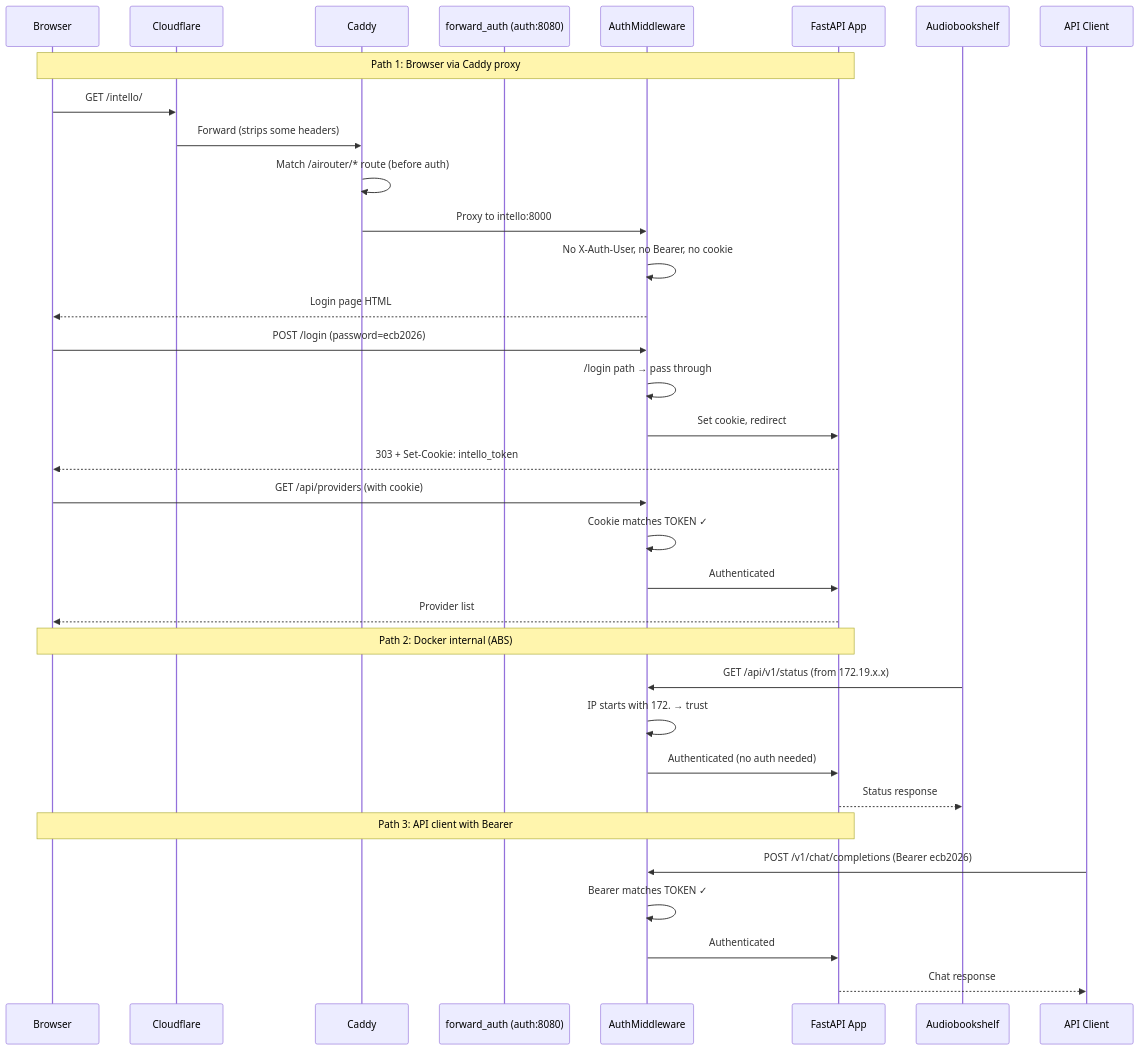
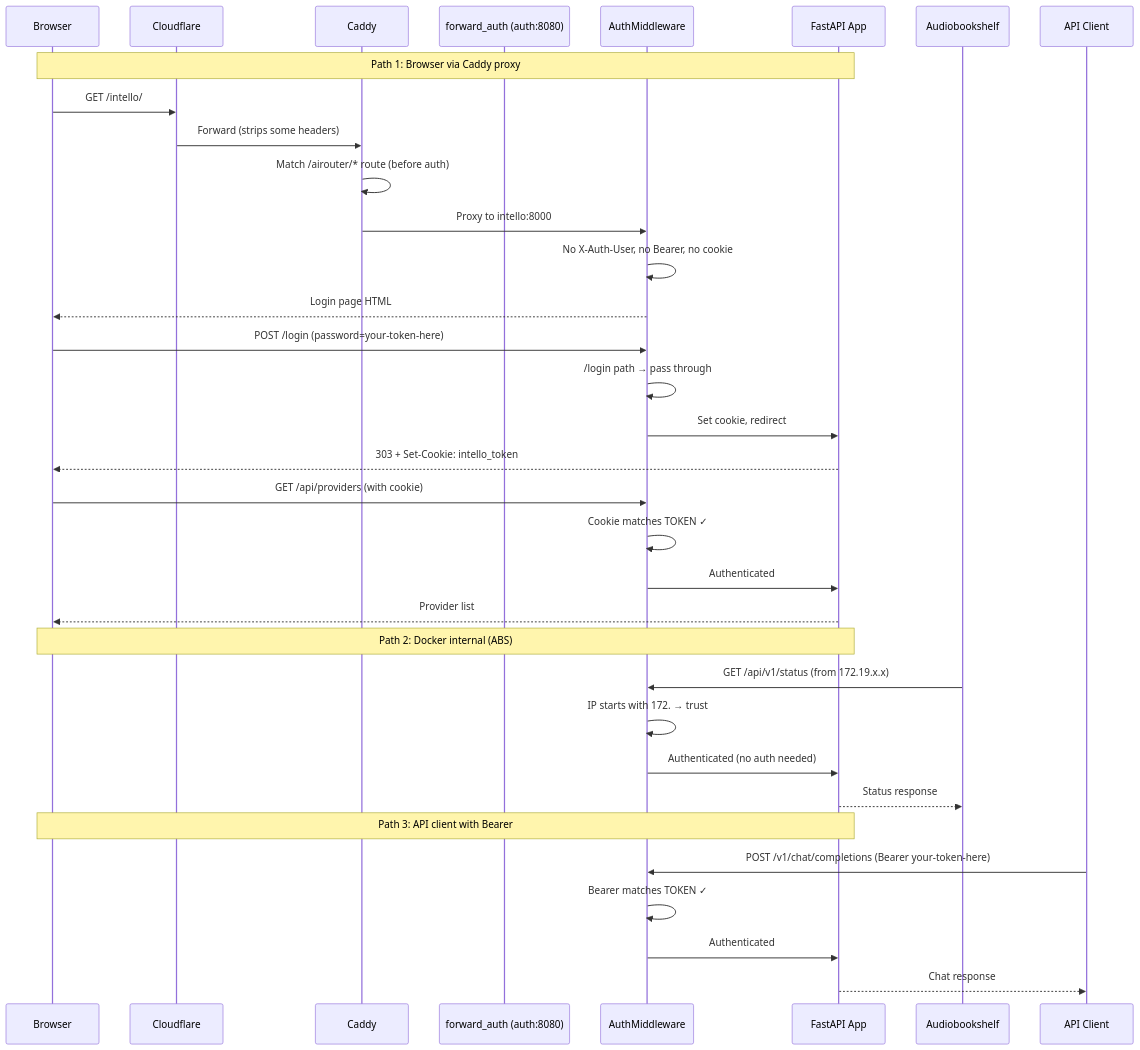
The seventh of 7 diagrams in docs/design.md (collaed/intello), drawn with Mermaid before and after one commit. The commit also changed other lines of this file and 4 other files, not shown here.

````diff
--- a/docs/design.md
+++ b/docs/design.md
@@ -368,41 +368,41 @@
 ```mermaid
 sequenceDiagram
     participant B as Browser
     participant CF as Cloudflare
     participant C as Caddy
     participant FA as forward_auth (auth:8080)
     participant AM as AuthMiddleware
     participant App as FastAPI App
 
     Note over B,App: Path 1: Browser via Caddy proxy
     B->>CF: GET /intello/
     CF->>C: Forward (strips some headers)
     C->>C: Match /airouter/* route (before auth)
     C->>AM: Proxy to intello:8000
     AM->>AM: No X-Auth-User, no Bearer, no cookie
     AM-->>B: Login page HTML
 
-    B->>AM: POST /login (password=ecb2026)
+    B->>AM: POST /login (password=your-token-here)
     AM->>AM: /login path → pass through
     AM->>App: Set cookie, redirect
     App-->>B: 303 + Set-Cookie: intello_token
 
     B->>AM: GET /api/providers (with cookie)
     AM->>AM: Cookie matches TOKEN ✓
     AM->>App: Authenticated
     App-->>B: Provider list
 
     Note over B,App: Path 2: Docker internal (ABS)
     participant ABS as Audiobookshelf
     ABS->>AM: GET /api/v1/status (from 172.19.x.x)
     AM->>AM: IP starts with 172. → trust
     AM->>App: Authenticated (no auth needed)
     App-->>ABS: Status response
 
     Note over B,App: Path 3: API client with Bearer
     participant API as API Client
-    API->>AM: POST /v1/chat/completions (Bearer ecb2026)
+    API->>AM: POST /v1/chat/completions (Bearer your-token-here)
     AM->>AM: Bearer matches TOKEN ✓
     AM->>App: Authenticated
     App-->>API: Chat response
 ```
````
